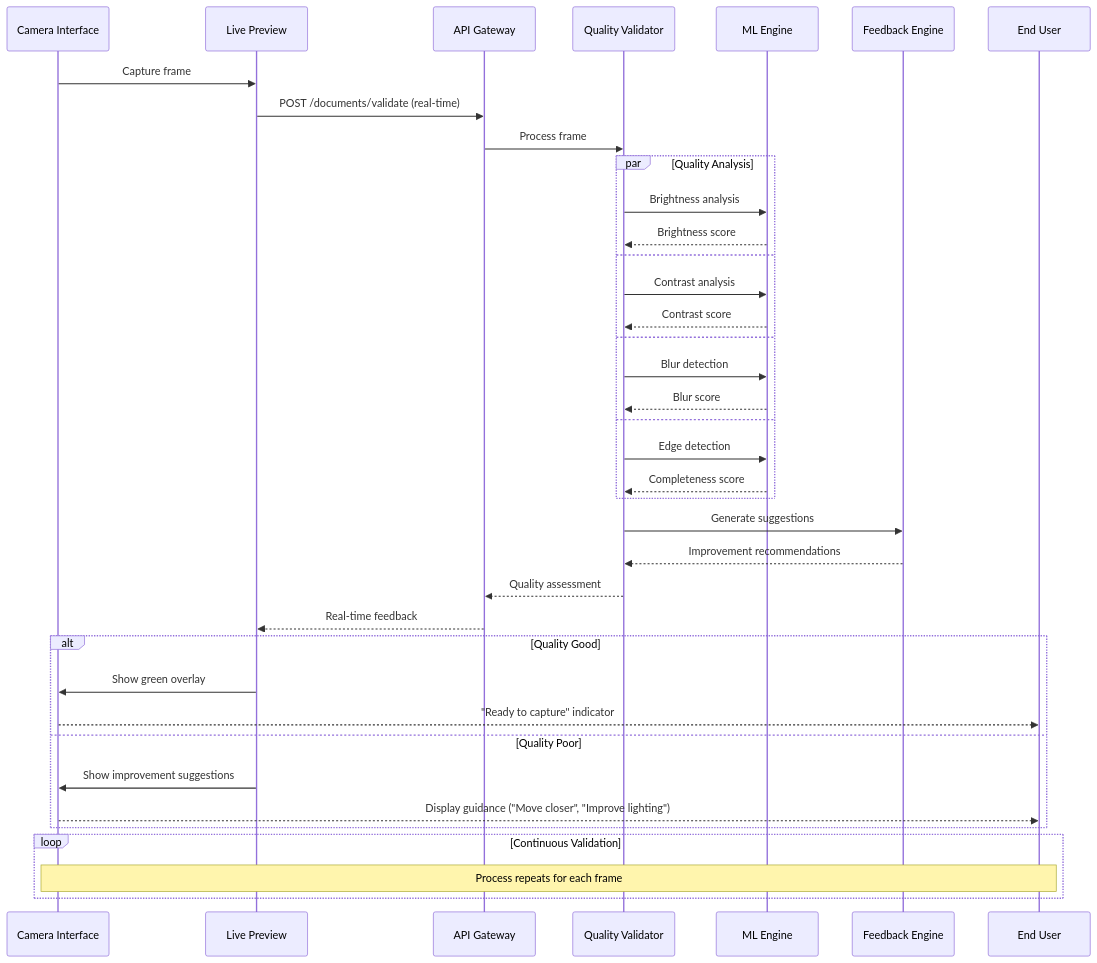
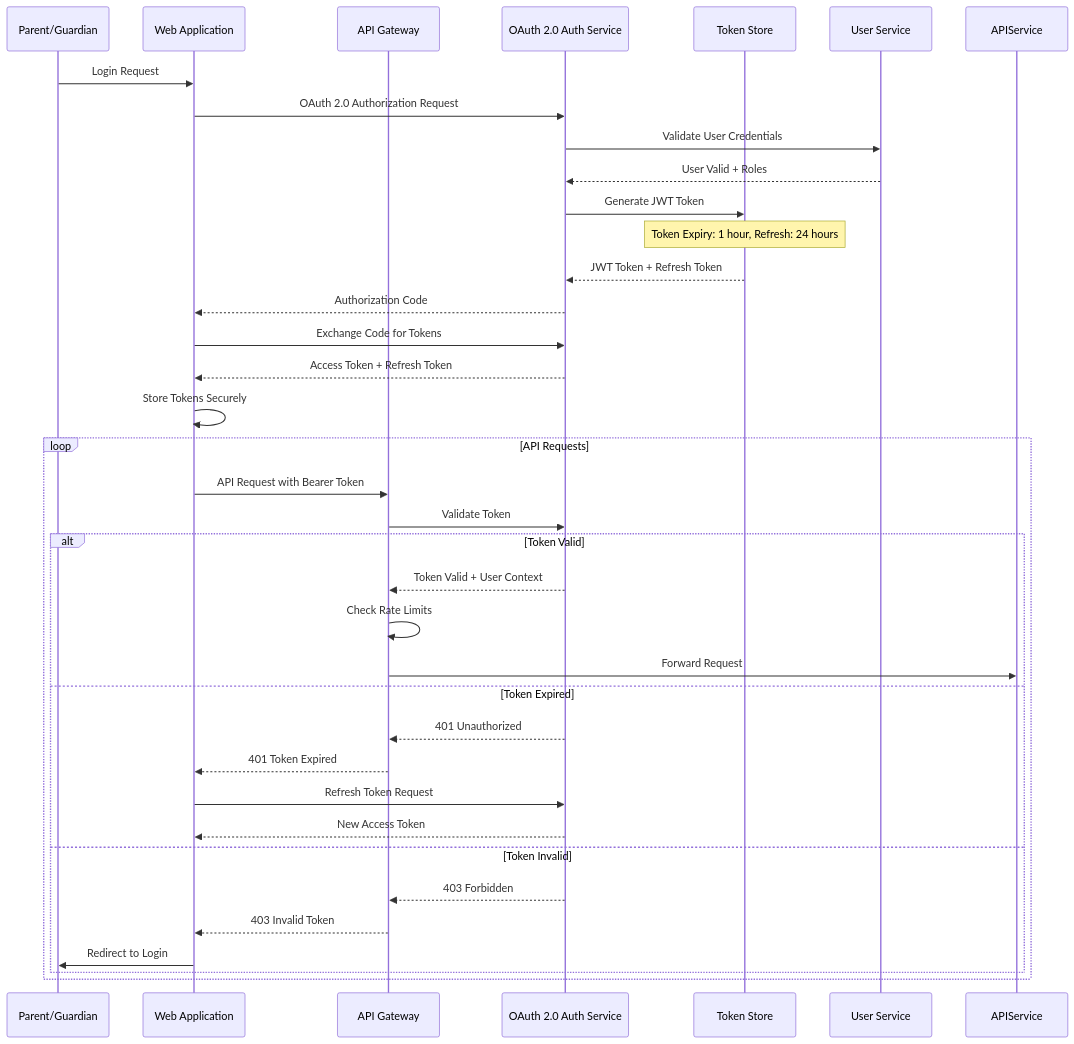
One commit to ThapaswiASC/SCIB-INCEPTION-PHASE-DEMO changed the sixth of 6 diagrams in API Development/Components and Sequence Diagrams/sequence_diagram.md. Above: the diagram before and after it, drawn with Mermaid. The commit also changed other lines of this file and 1 other file, not shown here.

````diff
--- a/API Development/Components and Sequence Diagrams/sequence_diagram.md
+++ b/API Development/Components and Sequence Diagrams/sequence_diagram.md
@@ -303,46 +286,45 @@
 ```mermaid
 sequenceDiagram
-    participant Camera as Camera Interface
-    participant Preview as Live Preview
-    participant API as API Gateway
-    participant Validator as Quality Validator
-    participant ML as ML Engine
-    participant Feedback as Feedback Engine
-    participant User as End User
+    participant Parent as Parent/Guardian
+    participant WebApp as Web Application
+    participant APIGateway as API Gateway
+    participant AuthService as OAuth 2.0 Auth Service
+    participant TokenStore as Token Store
+    participant UserService as User Service
+
+    Parent->>WebApp: Login Request
+    WebApp->>AuthService: OAuth 2.0 Authorization Request
     
-    Camera->>Preview: Capture frame
-    Preview->>API: POST /documents/validate (real-time)
-    API->>Validator: Process frame
+    AuthService->>UserService: Validate User Credentials
+    UserService-->>AuthService: User Valid + Roles
     
-    par Quality Analysis
-        Validator->>ML: Brightness analysis
-        ML-->>Validator: Brightness score
-    and
-        Validator->>ML: Contrast analysis
-        ML-->>Validator: Contrast score
-    and
-        Validator->>ML: Blur detection
-        ML-->>Validator: Blur score
-    and
-        Validator->>ML: Edge detection
-        ML-->>Validator: Completeness score
-    end
+    AuthService->>TokenStore: Generate JWT Token
+    Note over TokenStore: Token Expiry: 1 hour, Refresh: 24 hours
+    TokenStore-->>AuthService: JWT Token + Refresh Token
     
-    Validator->>Feedback: Generate suggestions
-    Feedback-->>Validator: Improvement recommendations
+    AuthService-->>WebApp: Authorization Code
+    WebApp->>AuthService: Exchange Code for Tokens
+    AuthService-->>WebApp: Access Token + Refresh Token
     
-    Validator-->>API: Quality assessment
-    API-->>Preview: Real-time feedback
+    WebApp->>WebApp: Store Tokens Securely
     
-    alt Quality Good
-        Preview->>Camera: Show green overlay
-        Camera-->>User: "Ready to capture" indicator
-    else Quality Poor
-        Preview->>Camera: Show improvement suggestions
-        Camera-->>User: Display guidance ("Move closer", "Improve lighting")
-    end
-    
-    loop Continuous Validation
-        Note over Camera,User: Process repeats for each frame
+    loop API Requests
+        WebApp->>APIGateway: API Request with Bearer Token
+        APIGateway->>AuthService: Validate Token
+        
+        alt Token Valid
+            AuthService-->>APIGateway: Token Valid + User Context
+            APIGateway->>APIGateway: Check Rate Limits
+            APIGateway->>APIService: Forward Request
+        else Token Expired
+            AuthService-->>APIGateway: 401 Unauthorized
+            APIGateway-->>WebApp: 401 Token Expired
+            WebApp->>AuthService: Refresh Token Request
+            AuthService-->>WebApp: New Access Token
+        else Token Invalid
+            AuthService-->>APIGateway: 403 Forbidden
+            APIGateway-->>WebApp: 403 Invalid Token
+            WebApp->>Parent: Redirect to Login
+        end
     end
 ```
````
